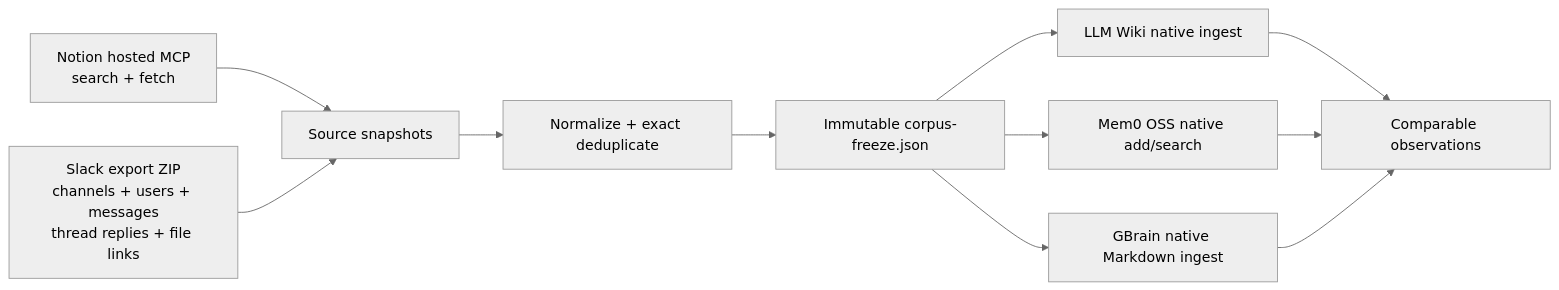
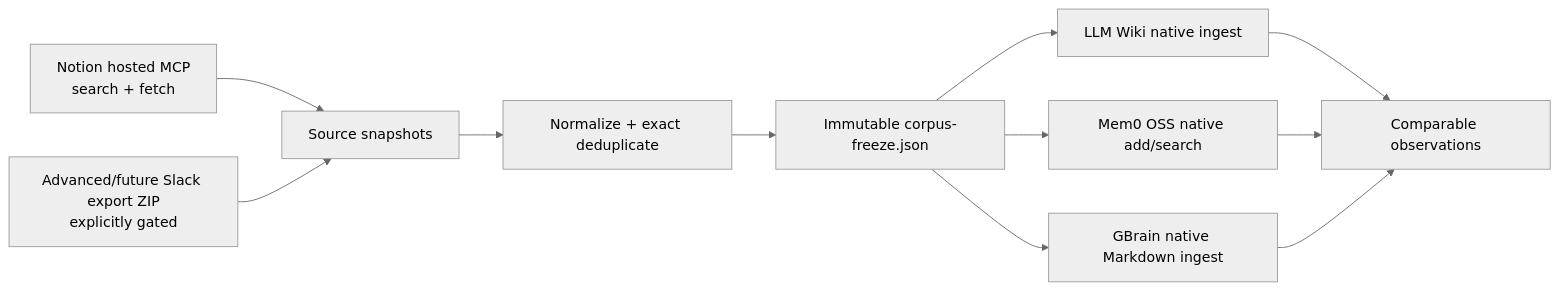
One commit to runbear-io/AutoBrain changed the third of 3 diagrams in README.md. Above: the diagram before and after it, drawn with Mermaid (neutral theme). The commit also changed other lines of this file and 11 other files, not shown here.

````diff
--- a/README.md
+++ b/README.md
@@ -513,13 +513,13 @@
 ```mermaid
 flowchart LR
     A[Notion hosted MCP<br/>search + fetch] --> C[Source snapshots]
-    B[Slack export ZIP<br/>channels + users + messages<br/>thread replies + file links] --> C
+    B[Advanced/future Slack export ZIP<br/>explicitly gated] --> C
     C --> D[Normalize + exact deduplicate]
     D --> E[Immutable corpus-freeze.json]
     E --> F[LLM Wiki native ingest]
     E --> G[Mem0 OSS native add/search]
     E --> H[GBrain native Markdown ingest]
     F --> I[Comparable observations]
     G --> I
     H --> I
 ```
````
